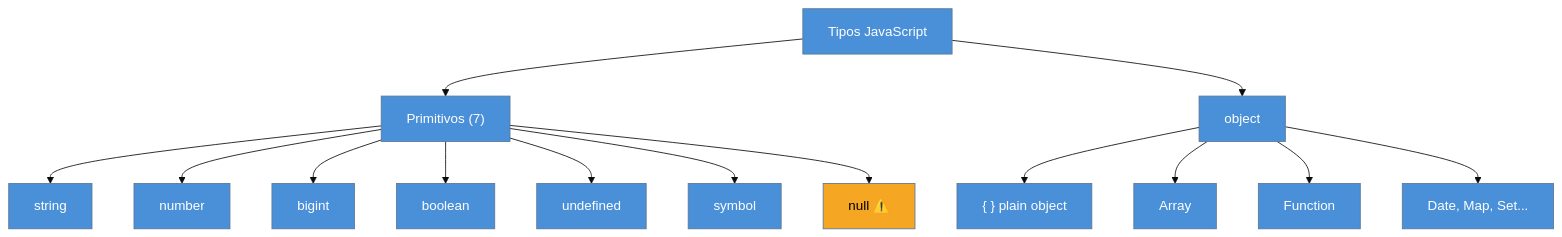
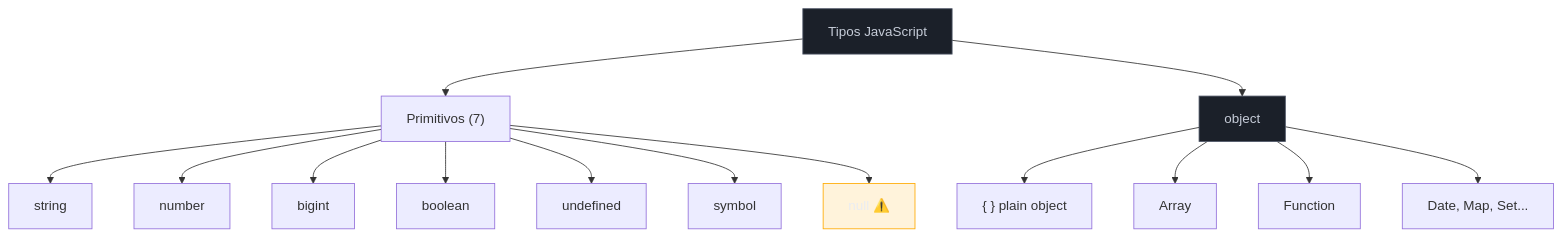
The first of 2 diagrams in 03-Dominios/Tecnologia/JavaScript/02 - Tipos em runtime.md (josenaldo/codex-technomanticus), drawn with Mermaid before and after one commit. The commit also changed other lines of this file and 1181 other files, not shown here.

First line of the commit message:
fix(diagramas): paleta do sistema no lugar de cor cravada no markdown

````diff
--- a/03-Dominios/Tecnologia/JavaScript/02 - Tipos em runtime.md
+++ b/03-Dominios/Tecnologia/JavaScript/02 - Tipos em runtime.md
@@ -40,23 +40,24 @@
 ```mermaid
-%%{init: {"theme": "base", "themeVariables": {"primaryColor": "#4A90D9", "primaryTextColor": "#fff", "edgeLabelBackground": "#fff"}}}%%
 graph TD
+    classDef destaque fill:#FFAA0024,stroke:#FFAA00,color:#E9ECF2
+    classDef neutro fill:#1B2029,stroke:#4E5666,color:#C6CCD8
     JS["Tipos JavaScript"] --> PRIM["Primitivos (7)"]
     JS --> OBJ["object"]
 
     PRIM --> STR["string"]
     PRIM --> NUM["number"]
     PRIM --> BIG["bigint"]
     PRIM --> BOOL["boolean"]
     PRIM --> UNDEF["undefined"]
     PRIM --> SYM["symbol"]
     PRIM --> NULL["null ⚠️"]
 
     OBJ --> PLAIN["{ } plain object"]
     OBJ --> ARR["Array"]
     OBJ --> FN["Function"]
     OBJ --> DATE["Date, Map, Set..."]
 
-    style NULL fill:#F5A623,color:#000
-    style OBJ fill:#4A90D9,color:#fff
-    style JS fill:#4A90D9,color:#fff
+    class NULL destaque
+    class OBJ neutro
+    class JS neutro
 ```
````
